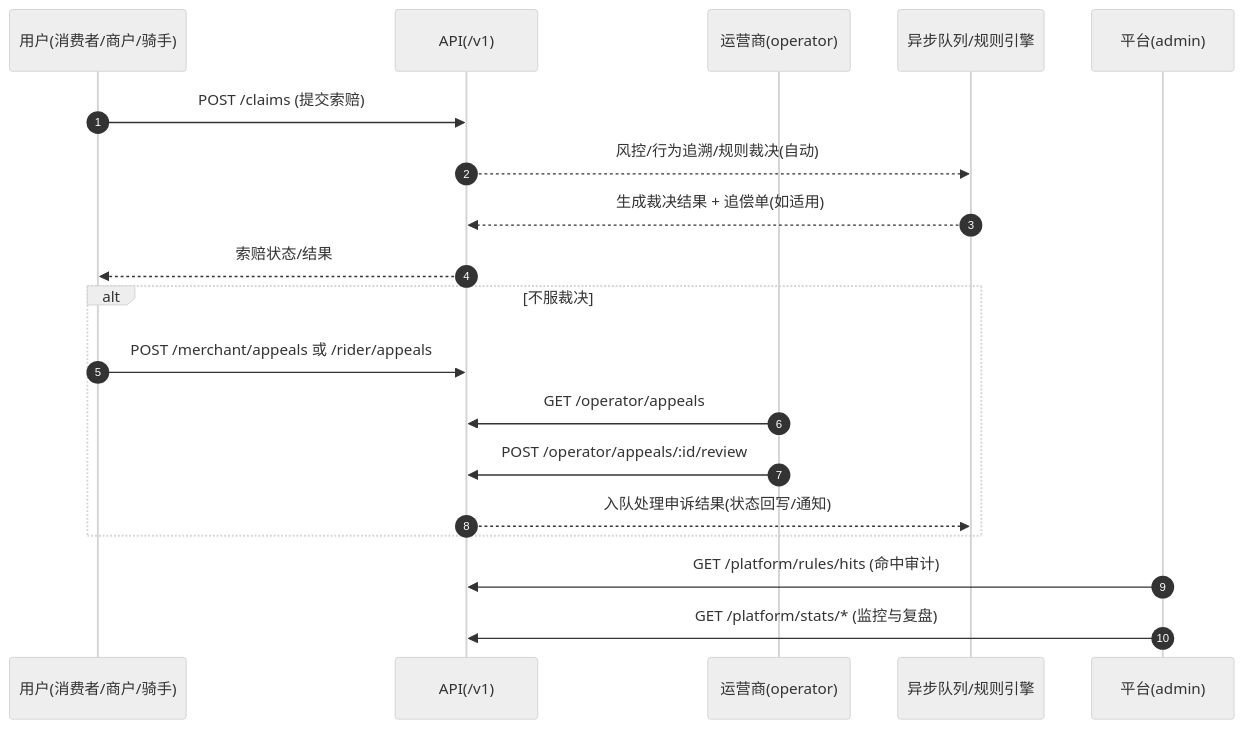
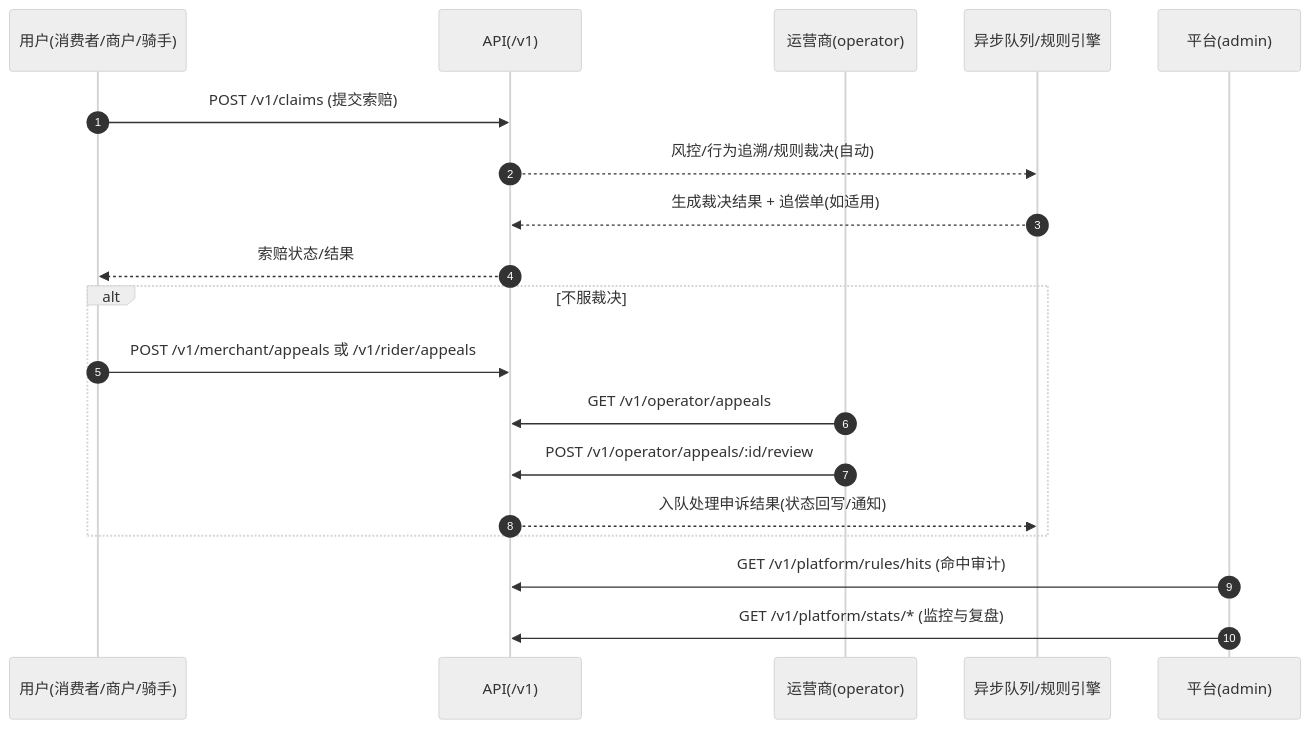
Before and after one commit to merrydance/locallife: the fifth of 5 diagrams in locallife/docs/phase0/user_journey_mermaid.md, drawn with Mermaid (neutral theme). The commit also changed other lines of this file and 6 other files, not shown here.

````diff
--- a/locallife/docs/phase0/user_journey_mermaid.md
+++ b/locallife/docs/phase0/user_journey_mermaid.md
@@ -186,24 +186,24 @@
 ```mermaid
 sequenceDiagram
   autonumber
   participant U as 用户(消费者/商户/骑手)
   participant API as API(/v1)
   participant OP as 运营商(operator)
   participant Q as 异步队列/规则引擎
   participant PL as 平台(admin)
 
-  U->>API: POST /claims (提交索赔)
+  U->>API: POST /v1/claims (提交索赔)
   API-->>Q: 风控/行为追溯/规则裁决(自动)
   Q-->>API: 生成裁决结果 + 追偿单(如适用)
   API-->>U: 索赔状态/结果
 
   alt 不服裁决
-    U->>API: POST /merchant/appeals 或 /rider/appeals
-    OP->>API: GET /operator/appeals
-    OP->>API: POST /operator/appeals/:id/review
+    U->>API: POST /v1/merchant/appeals 或 /v1/rider/appeals
+    OP->>API: GET /v1/operator/appeals
+    OP->>API: POST /v1/operator/appeals/:id/review
     API-->>Q: 入队处理申诉结果(状态回写/通知)
   end
 
-  PL->>API: GET /platform/rules/hits (命中审计)
-  PL->>API: GET /platform/stats/* (监控与复盘)
+  PL->>API: GET /v1/platform/rules/hits (命中审计)
+  PL->>API: GET /v1/platform/stats/* (监控与复盘)
 ```
````
